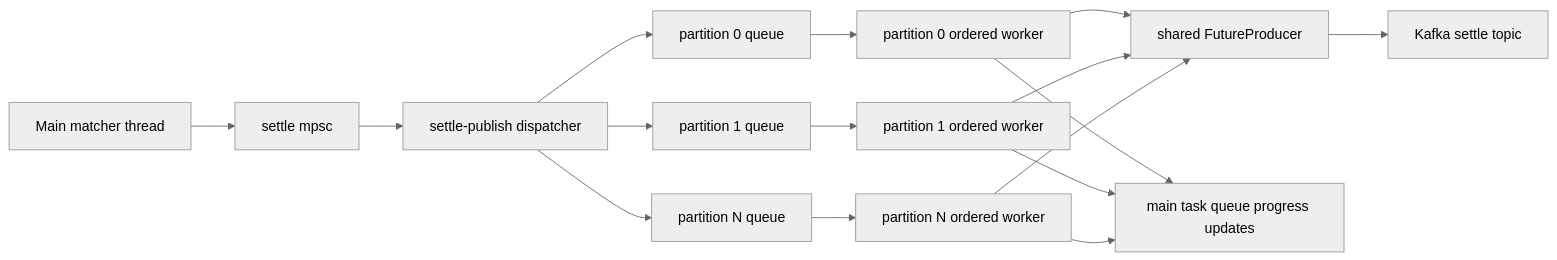
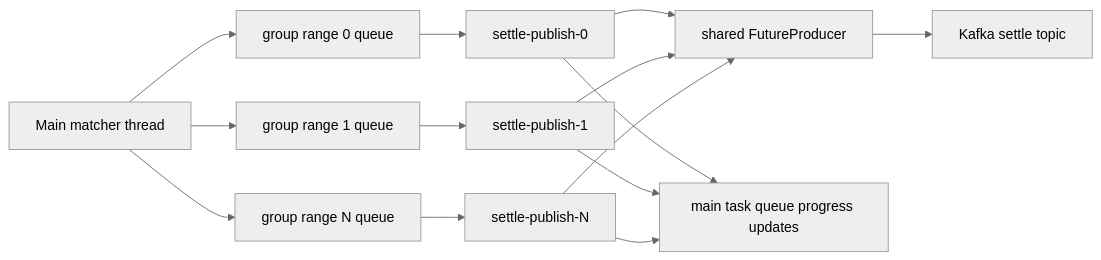
Before and after one commit to rqzrqh/matchengine_rust: the diagram in doc/publish-performance.md, drawn with Mermaid (neutral theme). The commit also changed other lines of this file and 9 other files, not shown here.

Commit message:
optimize settle publish

````diff
--- a/doc/publish-performance.md
+++ b/doc/publish-performance.md
@@ -57,18 +59,16 @@
 ```mermaid
 flowchart LR
-  Matcher["Main matcher thread"] --> SharedQueue["settle mpsc"]
-  SharedQueue --> Dispatcher["settle-publish dispatcher"]
-  Dispatcher --> Queue0["partition 0 queue"]
-  Dispatcher --> Queue1["partition 1 queue"]
-  Dispatcher --> QueueN["partition N queue"]
-  Queue0 --> Worker0["partition 0 ordered worker"]
-  Queue1 --> Worker1["partition 1 ordered worker"]
-  QueueN --> WorkerN["partition N ordered worker"]
+  Matcher["Main matcher thread"] --> Queue0["group range 0 queue"]
+  Matcher --> Queue1["group range 1 queue"]
+  Matcher --> QueueN["group range N queue"]
+  Queue0 --> Worker0["settle-publish-0"]
+  Queue1 --> Worker1["settle-publish-1"]
+  QueueN --> WorkerN["settle-publish-N"]
   Worker0 --> Producer["shared FutureProducer"]
   Worker1 --> Producer
   WorkerN --> Producer
   Producer --> Kafka["Kafka settle topic"]
   Worker0 --> Progress["main task queue progress updates"]
   Worker1 --> Progress
   WorkerN --> Progress
 ```
````
